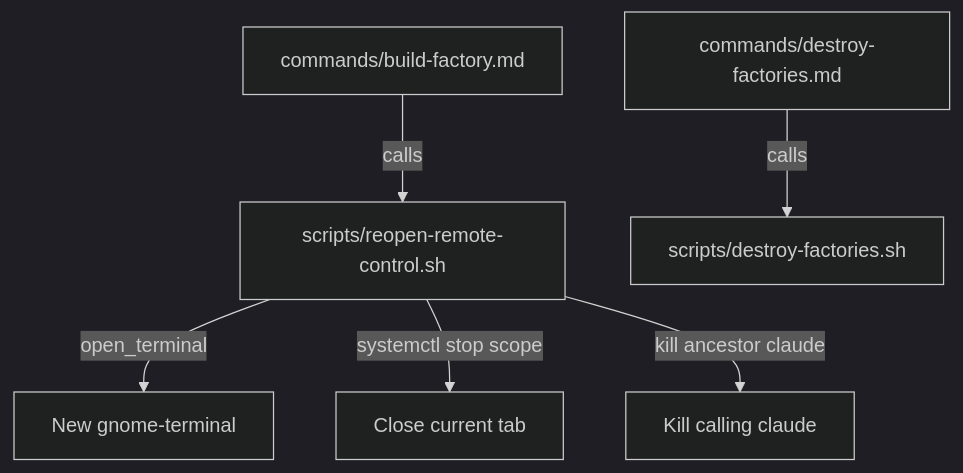
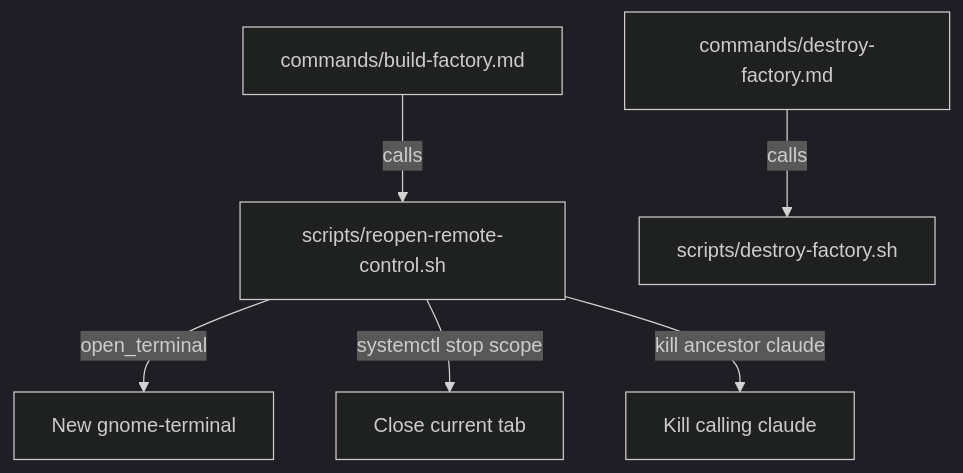
The second of 2 diagrams in docs/bugs/2026-04-28-build-factory-destroys-existing-terminals.md (lewibs/dark-factory), drawn with Mermaid (dark theme) before and after one commit. The commit also changed 11 other files, not shown here.

First line of the commit message:
refactor: rename destroy-factories command to destroy-factory (singular)

````diff
--- a/docs/bugs/2026-04-28-build-factory-destroys-existing-terminals.md
+++ b/docs/bugs/2026-04-28-build-factory-destroys-existing-terminals.md
@@ -40,8 +40,8 @@
 ```mermaid
 flowchart TD
   BuildFactory[commands/build-factory.md] -->|calls| ReopenScript[scripts/reopen-remote-control.sh]
   ReopenScript -->|open_terminal| NewTerminal[New gnome-terminal]
   ReopenScript -->|systemctl stop scope| SelfClose[Close current tab]
   ReopenScript -->|kill ancestor claude| SelfKill[Kill calling claude]
-  DestroyFactories[commands/destroy-factories.md] -->|calls| DestroyScript[scripts/destroy-factories.sh]
+  DestroyFactories[commands/destroy-factory.md] -->|calls| DestroyScript[scripts/destroy-factory.sh]
 ```
````
